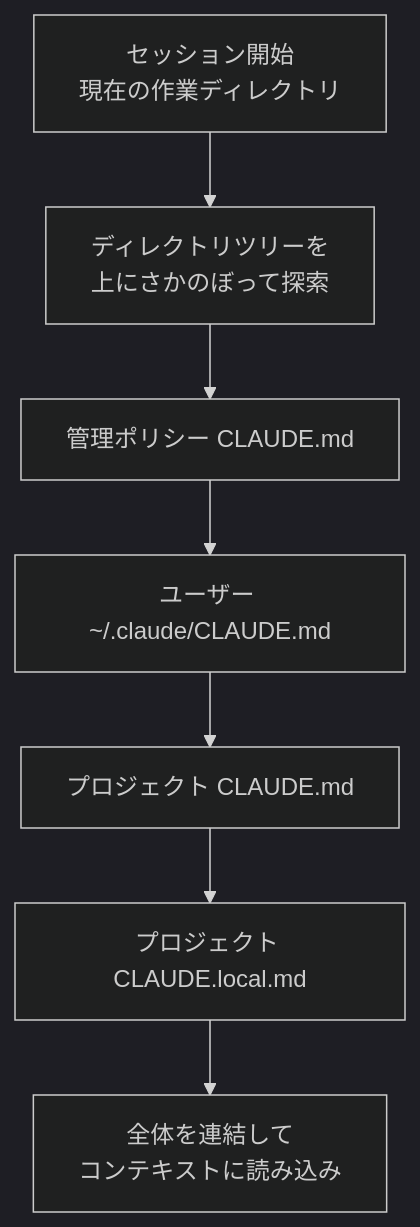
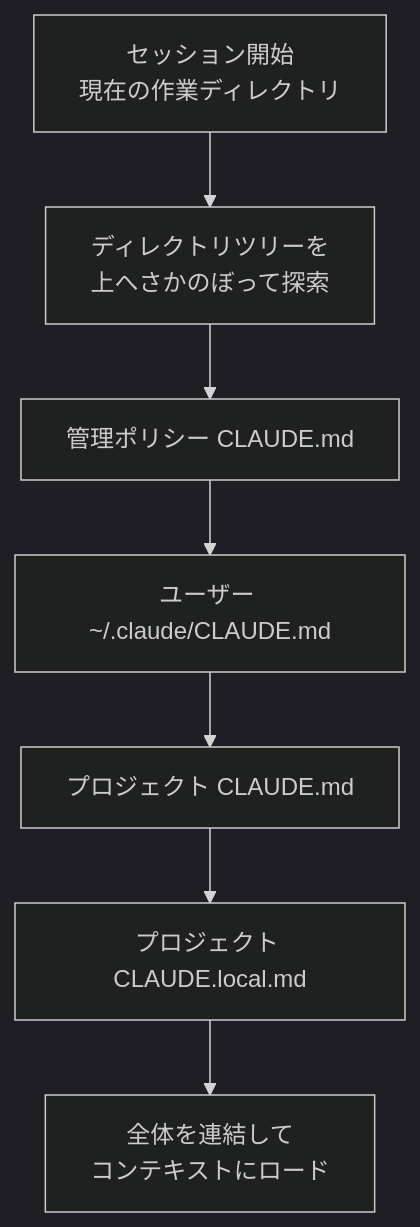
The first of 2 diagrams in docs-site/content/ja/claude-code/context-memory/memory.md (modu-ai/moai-adk), drawn with Mermaid (dark theme) before and after one commit. The commit also changed other lines of this file and 395 other files, not shown here.

````diff
--- a/docs-site/content/ja/claude-code/context-memory/memory.md
+++ b/docs-site/content/ja/claude-code/context-memory/memory.md
@@ -60,9 +60,9 @@
 ```mermaid
 flowchart TD
-    A["セッション開始<br>現在の作業ディレクトリ"] --> B["ディレクトリツリーを<br>上にさかのぼって探索"]
+    A["セッション開始<br>現在の作業ディレクトリ"] --> B["ディレクトリツリーを<br>上へさかのぼって探索"]
     B --> C["管理ポリシー CLAUDE.md"]
     C --> D["ユーザー ~/.claude/CLAUDE.md"]
     D --> E["プロジェクト CLAUDE.md"]
     E --> F["プロジェクト CLAUDE.local.md"]
-    F --> G["全体を連結して<br>コンテキストに読み込み"]
+    F --> G["全体を連結して<br>コンテキストにロード"]
 ```
````
